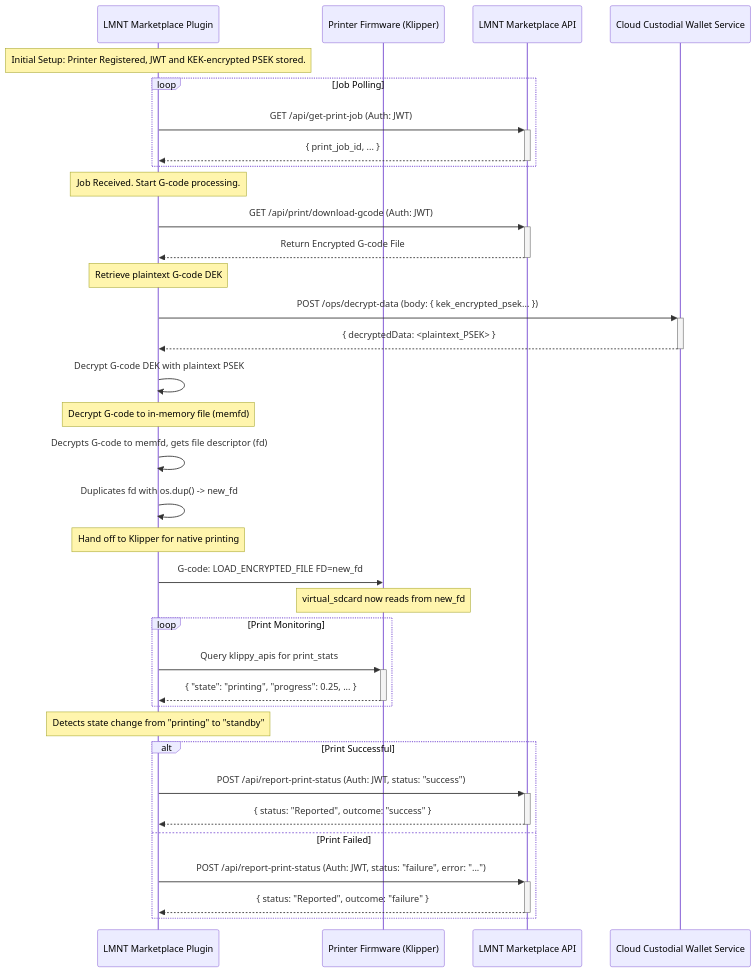
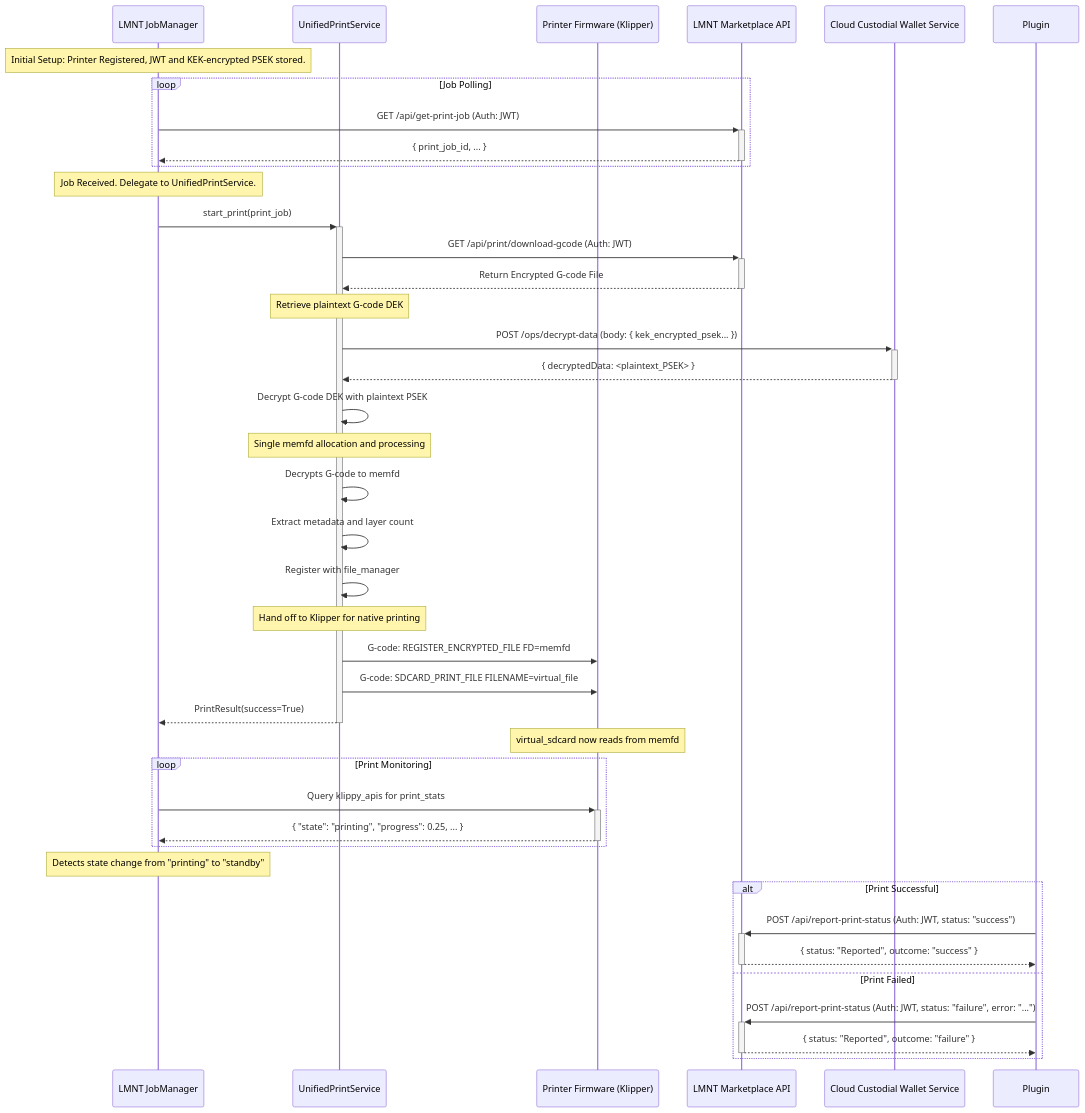
One commit to djsplice/lmnt_marketplace_plugin changed the diagram in docs/plugin_workflow.md. Above: the diagram before and after it, drawn with Mermaid. The commit also changed other lines of this file and 5 other files, not shown here.

Commit message:
Refactored encrypted print workflow, deduplicated memfd utilization

````diff
--- a/docs/plugin_workflow.md
+++ b/docs/plugin_workflow.md
@@ -112,46 +122,53 @@
 ```mermaid
 sequenceDiagram
-    participant Plugin as LMNT Marketplace Plugin
+    participant JobManager as LMNT JobManager
+    participant PrintService as UnifiedPrintService
     participant Klipper as Printer Firmware (Klipper)
     participant MarketplaceAPI as LMNT Marketplace API
     participant CWS as Cloud Custodial Wallet Service
 
-    Note over Plugin: Initial Setup: Printer Registered, JWT and KEK-encrypted PSEK stored.
+    Note over JobManager: Initial Setup: Printer Registered, JWT and KEK-encrypted PSEK stored.
 
     loop Job Polling
-        Plugin->>+MarketplaceAPI: GET /api/get-print-job (Auth: JWT)
-        MarketplaceAPI-->>-Plugin: { print_job_id, ... }
+        JobManager->>+MarketplaceAPI: GET /api/get-print-job (Auth: JWT)
+        MarketplaceAPI-->>-JobManager: { print_job_id, ... }
     end
 
-    Note over Plugin: Job Received. Start G-code processing.
-    Plugin->>+MarketplaceAPI: GET /api/print/download-gcode (Auth: JWT)
-    MarketplaceAPI-->>-Plugin: Return Encrypted G-code File
+    Note over JobManager: Job Received. Delegate to UnifiedPrintService.
+    JobManager->>+PrintService: start_print(print_job)
+    
+    PrintService->>+MarketplaceAPI: GET /api/print/download-gcode (Auth: JWT)
+    MarketplaceAPI-->>-PrintService: Return Encrypted G-code File
 
-    Note over Plugin: Retrieve plaintext G-code DEK
-    Plugin->>+CWS: POST /ops/decrypt-data (body: { kek_encrypted_psek... })
-    CWS-->>-Plugin: { decryptedData: <plaintext_PSEK> }
-    Plugin->>Plugin: Decrypt G-code DEK with plaintext PSEK
+    Note over PrintService: Retrieve plaintext G-code DEK
+    PrintService->>+CWS: POST /ops/decrypt-data (body: { kek_encrypted_psek... })
+    CWS-->>-PrintService: { decryptedData: <plaintext_PSEK> }
+    PrintService->>PrintService: Decrypt G-code DEK with plaintext PSEK
 
-    Note over Plugin: Decrypt G-code to in-memory file (memfd)
-    Plugin->>Plugin: Decrypts G-code to memfd, gets file descriptor (fd)
-    Plugin->>Plugin: Duplicates fd with os.dup() -> new_fd
+    Note over PrintService: Single memfd allocation and processing
+    PrintService->>PrintService: Decrypts G-code to memfd
+    PrintService->>PrintService: Extract metadata and layer count
+    PrintService->>PrintService: Register with file_manager
 
-    Note over Plugin: Hand off to Klipper for native printing
-    Plugin->>Klipper: G-code: LOAD_ENCRYPTED_FILE FD=new_fd
-    Note over Klipper: virtual_sdcard now reads from new_fd
+    Note over PrintService: Hand off to Klipper for native printing
+    PrintService->>Klipper: G-code: REGISTER_ENCRYPTED_FILE FD=memfd
+    PrintService->>Klipper: G-code: SDCARD_PRINT_FILE FILENAME=virtual_file
+    PrintService-->>-JobManager: PrintResult(success=True)
+    
+    Note over Klipper: virtual_sdcard now reads from memfd
 
     loop Print Monitoring
-        Plugin->>+Klipper: Query klippy_apis for print_stats
-        Klipper-->>-Plugin: { "state": "printing", "progress": 0.25, ... }
+        JobManager->>+Klipper: Query klippy_apis for print_stats
+        Klipper-->>-JobManager: { "state": "printing", "progress": 0.25, ... }
     end
 
-    Note over Plugin: Detects state change from "printing" to "standby"
+    Note over JobManager: Detects state change from "printing" to "standby"
 
     alt Print Successful
         Plugin->>+MarketplaceAPI: POST /api/report-print-status (Auth: JWT, status: "success")
         MarketplaceAPI-->>-Plugin: { status: "Reported", outcome: "success" }
     else Print Failed
         Plugin->>+MarketplaceAPI: POST /api/report-print-status (Auth: JWT, status: "failure", error: "...")
         MarketplaceAPI-->>-Plugin: { status: "Reported", outcome: "failure" }
     end
 ```
````
